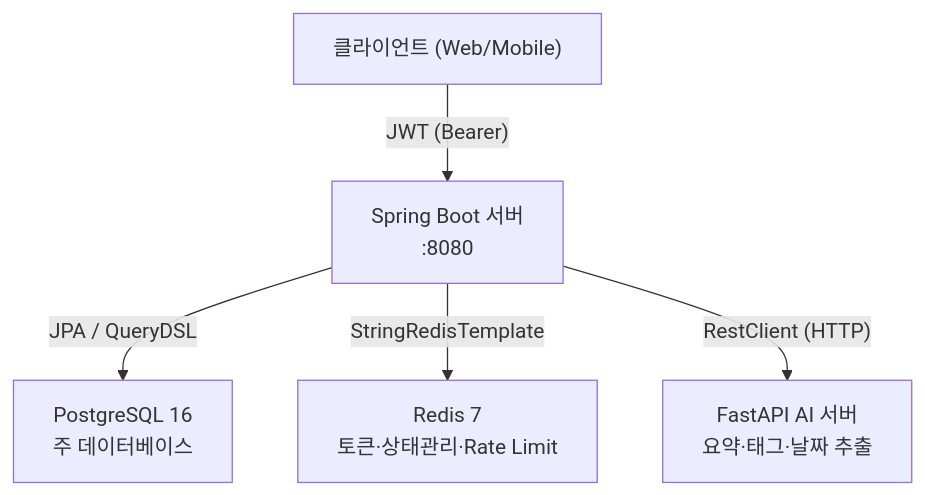
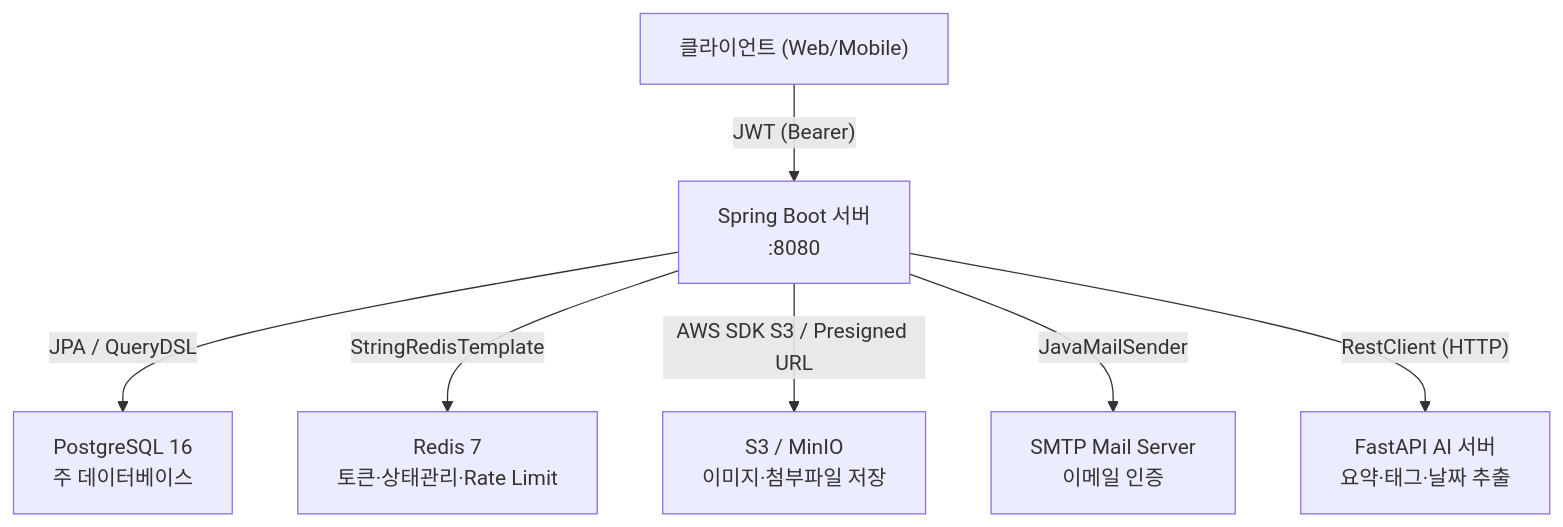
The first of 4 diagrams in docs/architecture.md (campus-navi/backend), drawn with Mermaid before and after one commit. The commit also changed other lines of this file, not shown here.

````diff
--- a/docs/architecture.md
+++ b/docs/architecture.md
@@ -15,13 +15,17 @@
 ```mermaid
 graph TB
     Client["클라이언트 (Web/Mobile)"]
     SpringBoot["Spring Boot 서버\n:8080"]
     PostgreSQL["PostgreSQL 16\n주 데이터베이스"]
     Redis["Redis 7\n토큰·상태관리·Rate Limit"]
+    Storage["S3 / MinIO\n이미지·첨부파일 저장"]
+    Mail["SMTP Mail Server\n이메일 인증"]
     FastAPI["FastAPI AI 서버\n요약·태그·날짜 추출"]
 
     Client -->|"JWT (Bearer)"| SpringBoot
     SpringBoot -->|"JPA / QueryDSL"| PostgreSQL
     SpringBoot -->|"StringRedisTemplate"| Redis
+    SpringBoot -->|"AWS SDK S3 / Presigned URL"| Storage
+    SpringBoot -->|"JavaMailSender"| Mail
     SpringBoot -->|"RestClient (HTTP)"| FastAPI
 ```
````
